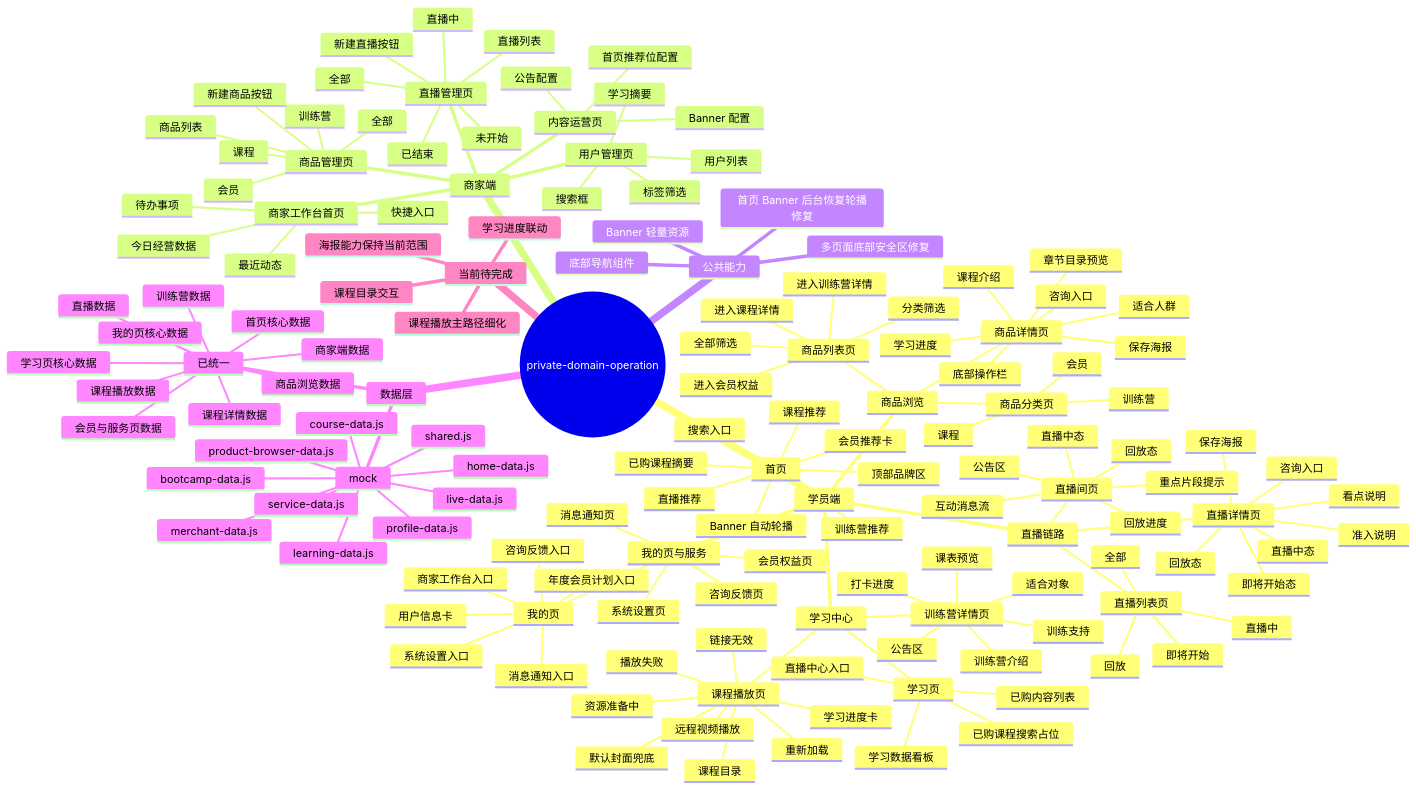
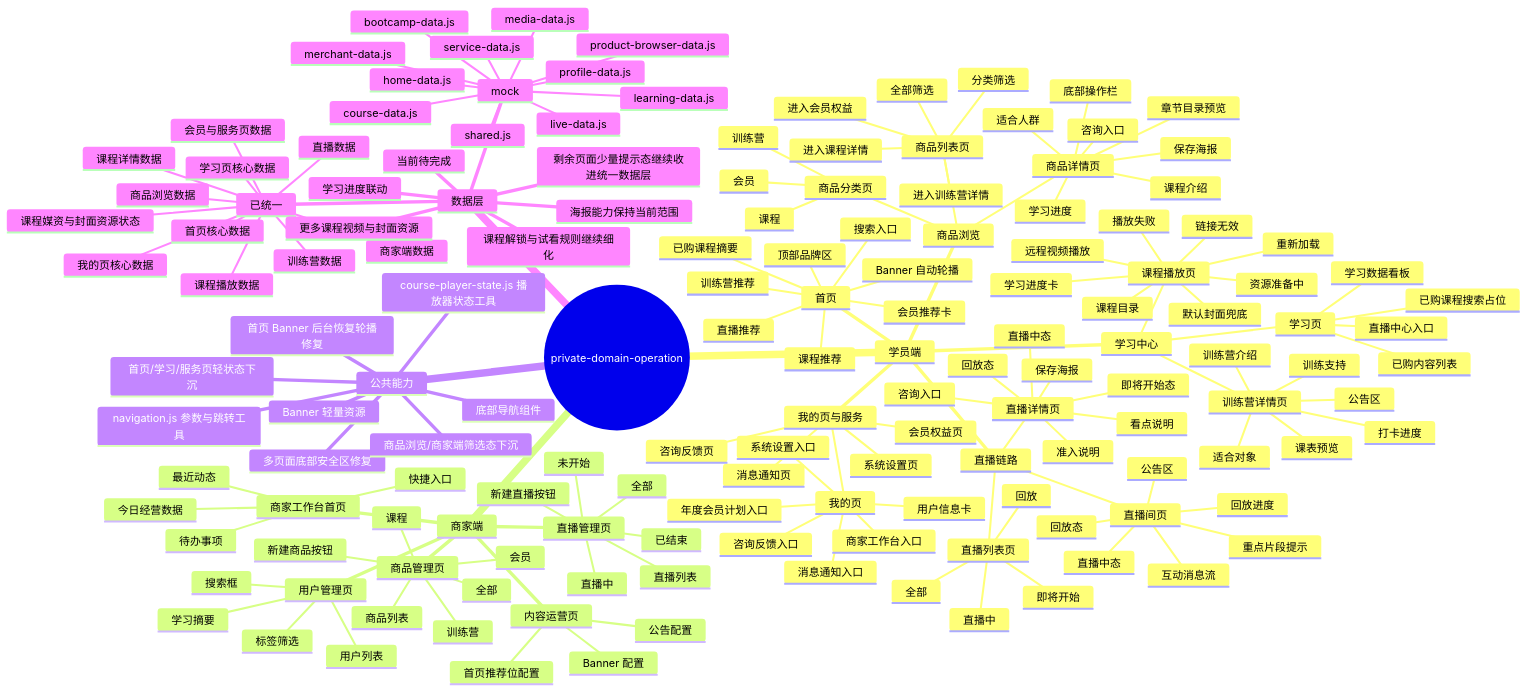
One commit to gerryyang2025/wechat-miniprogram changed the diagram in private-domain-operation/docs/FEATURE_MINDMAP.md. Above: the diagram before and after it, drawn with Mermaid. The commit also changed other lines of this file and 35 other files, not shown here.

First line of the commit message:
feat: enhance data management and navigation tools across the application

````diff
--- a/private-domain-operation/docs/FEATURE_MINDMAP.md
+++ b/private-domain-operation/docs/FEATURE_MINDMAP.md
@@ -138,9 +138,14 @@
       Banner 轻量资源
       多页面底部安全区修复
       首页 Banner 后台恢复轮播修复
+      navigation.js 参数与跳转工具
+      course-player-state.js 播放器状态工具
+      首页/学习/服务页轻状态下沉
+      商品浏览/商家端筛选态下沉
     数据层
       mock
         shared.js
+        media-data.js
         home-data.js
         learning-data.js
         profile-data.js
@@ -161,9 +166,11 @@
         直播数据
         商家端数据
         会员与服务页数据
-    当前待完成
-      课程播放主路径细化
+        课程媒资与封面资源状态
+      当前待完成
       学习进度联动
-      课程目录交互
+      课程解锁与试看规则继续细化
+      剩余页面少量提示态继续收进统一数据层
       海报能力保持当前范围
+      更多课程视频与封面资源
 ```
````
